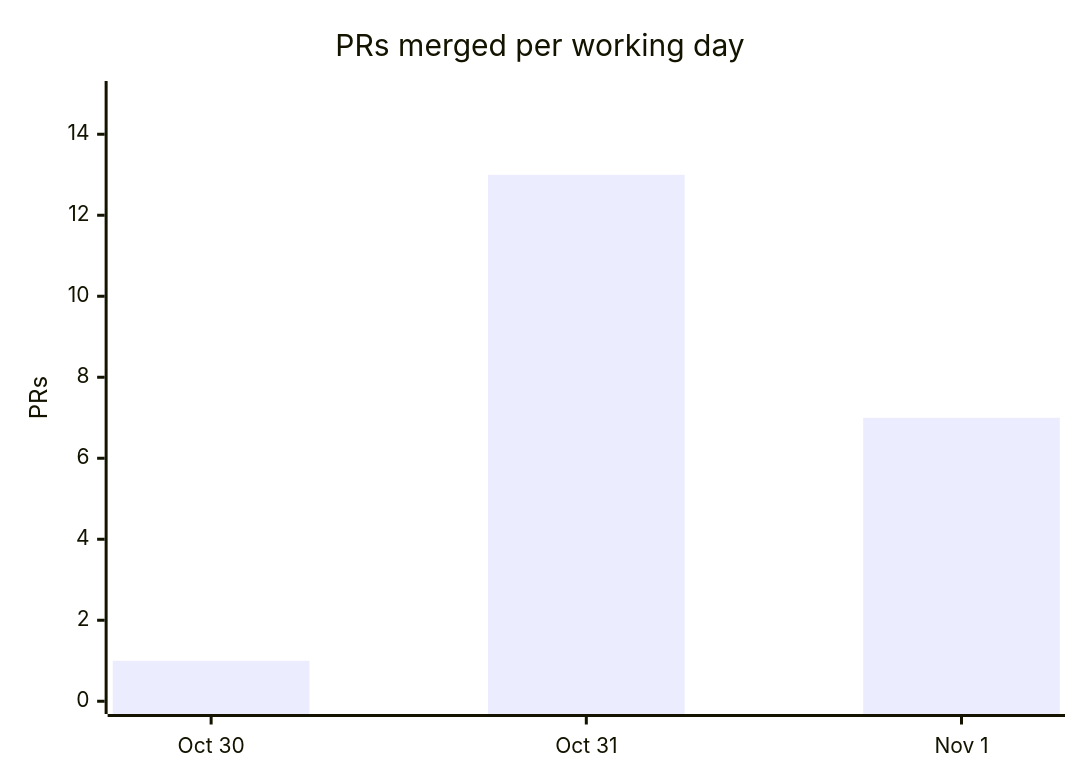
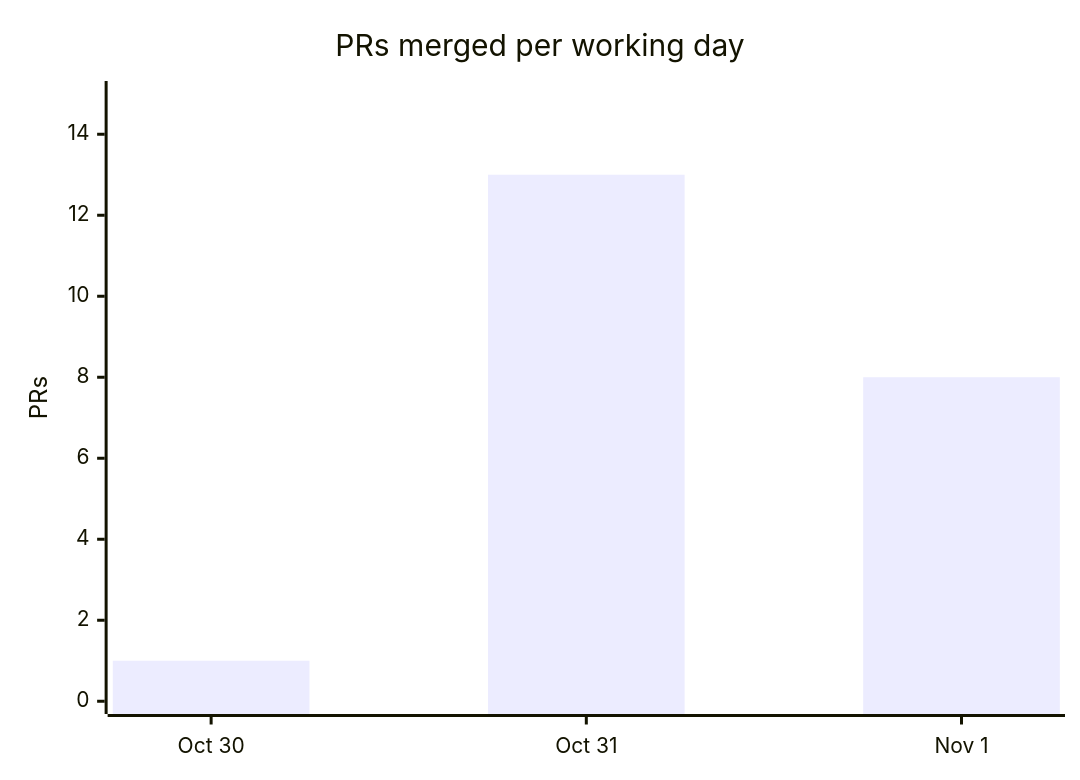
One commit to cmprssd/nfsh changed the fourth of 4 diagrams in docs/OVERVIEW.md. Above: the diagram before and after it, drawn with Mermaid. The commit also changed other lines of this file and 6 other files, not shown here.

````diff
--- a/docs/OVERVIEW.md
+++ b/docs/OVERVIEW.md
@@ -139,7 +139,7 @@
 ```mermaid
 xychart-beta
     title "PRs merged per working day"
     x-axis ["Oct 30", "Oct 31", "Nov 1"]
     y-axis "PRs" 0 --> 15
-    bar [1, 13, 7]
+    bar [1, 13, 8]
 ```
````
